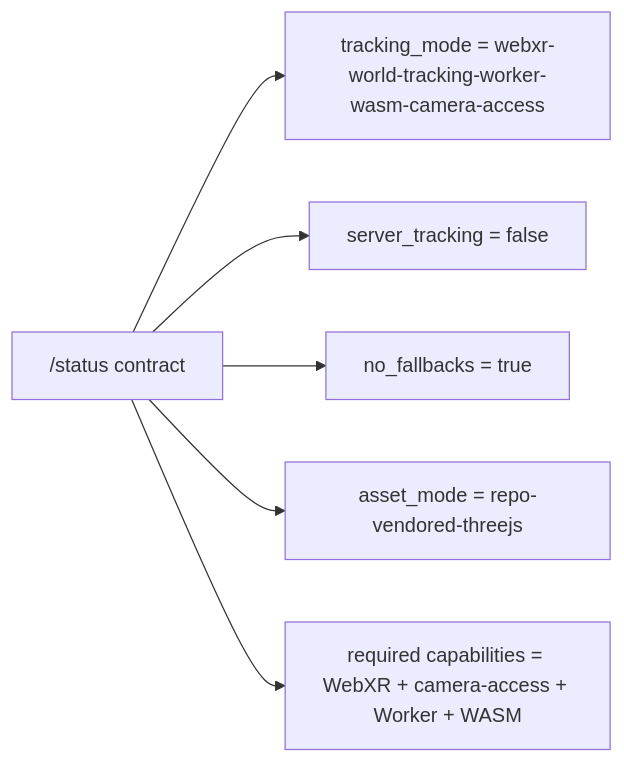
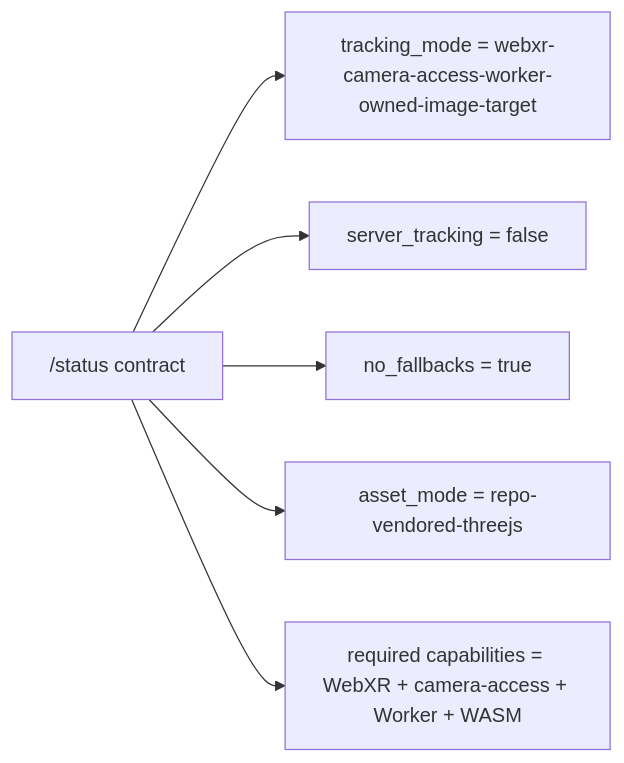
One commit to rahulraghunathb/WebAR-Python-v2 changed the first of 5 diagrams in SYSTEM_DESIGN.md. Above: the diagram before and after it, drawn with Mermaid. The commit also changed 12 other files, not shown here.

````diff
--- a/SYSTEM_DESIGN.md
+++ b/SYSTEM_DESIGN.md
@@ -16,8 +16,8 @@
 ```mermaid
 flowchart LR
-    A["/status contract"] --> B["tracking_mode = webxr-world-tracking-worker-wasm-camera-access"]
+    A["/status contract"] --> B["tracking_mode = webxr-camera-access-worker-owned-image-target"]
     A --> C["server_tracking = false"]
     A --> D["no_fallbacks = true"]
     A --> E["asset_mode = repo-vendored-threejs"]
     A --> F["required capabilities = WebXR + camera-access + Worker + WASM"]
 ```
````
